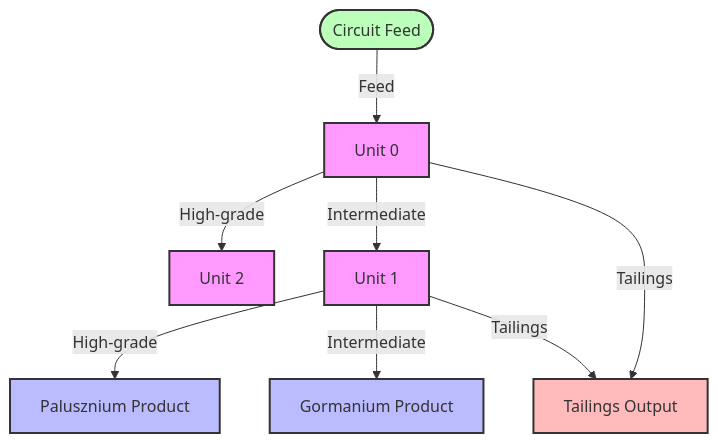
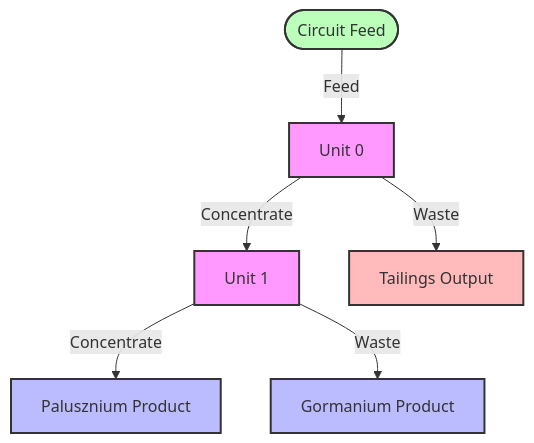
The second of 4 diagrams in docs/data_structures.md (benedikt-samwer/imperial_genetic_algorithm_group_project), drawn with Mermaid before and after one commit. The commit also changed other lines of this file and 1 other file, not shown here.

````diff
--- a/docs/data_structures.md
+++ b/docs/data_structures.md
@@ -197,30 +189,27 @@
 ```mermaid
 graph TD;
     Feed([Circuit Feed])
     Unit0[Unit 0]
     Unit1[Unit 1]
-    Unit2[Unit 2]
     Palusznium[Palusznium Product]
     Gormanium[Gormanium Product]
     Tailings[Tailings Output]
     
     Feed -->|Feed| Unit0
     
-    Unit0 -->|High-grade| Unit2
-    Unit0 -->|Intermediate| Unit1
-    Unit0 -->|Tailings| Tailings
+    Unit0 -->|Concentrate| Unit1
+    Unit0 -->|Waste| Tailings
     
-    Unit1 -->|High-grade| Palusznium
-    Unit1 -->|Intermediate| Gormanium
-    Unit1 -->|Tailings| Tailings
+    Unit1 -->|Concentrate| Palusznium
+    Unit1 -->|Waste| Gormanium
     
     classDef unit fill:#f9f,stroke:#333,stroke-width:2px;
     classDef product fill:#bbf,stroke:#333,stroke-width:2px;
     classDef feed fill:#bfb,stroke:#333,stroke-width:2px;
     classDef tailings fill:#fbb,stroke:#333,stroke-width:2px;
     
-    class Unit0,Unit1,Unit2 unit;
+    class Unit0,Unit1 unit;
     class Palusznium,Gormanium product;
     class Feed feed;
     class Tailings tailings;
 ```
````
